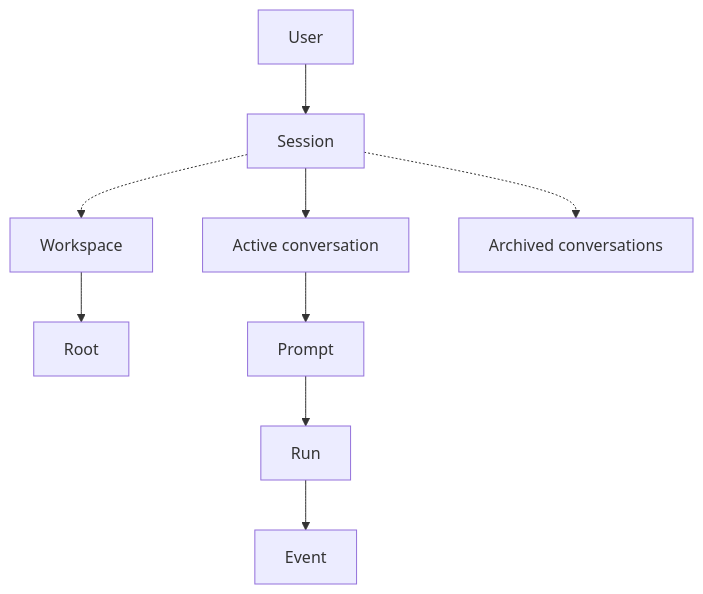
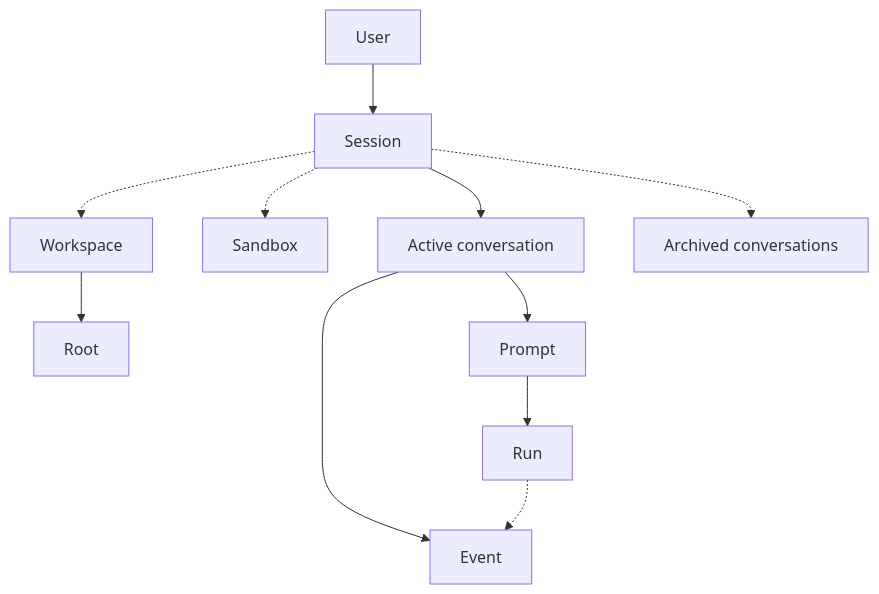
The diagram in glossary.md (Mikode13/harness-docs), drawn with Mermaid before and after one commit. The commit also changed other lines of this file and 14 other files, not shown here.

````diff
--- a/glossary.md
+++ b/glossary.md
@@ -9,11 +9,13 @@
 ```mermaid
 flowchart TD
     user[User] --> session[Session]
     session -.-> workspace[Workspace]
+    session -.-> sandbox[Sandbox]
     workspace --> root[Root]
     session --> active[Active conversation]
     session -.-> archived[Archived conversations]
+    active --> event[Event]
     active --> prompt[Prompt]
     prompt --> run[Run]
-    run --> event[Event]
+    run -.-> event
 ```
````
